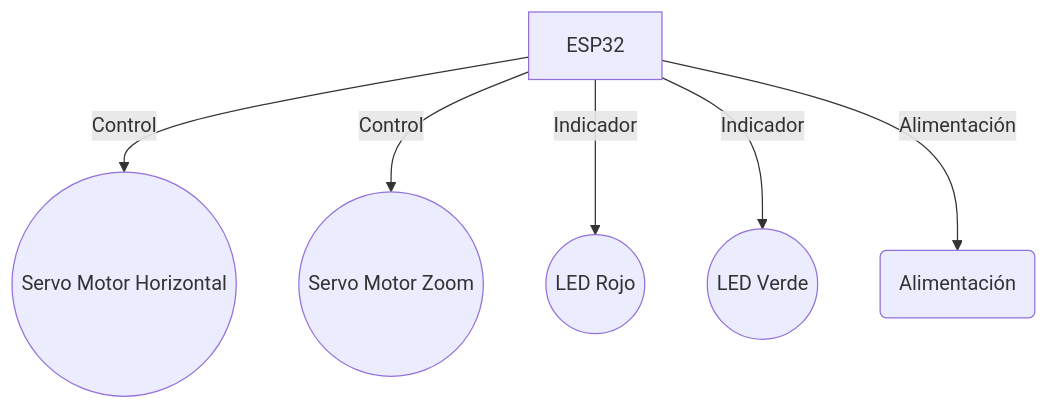
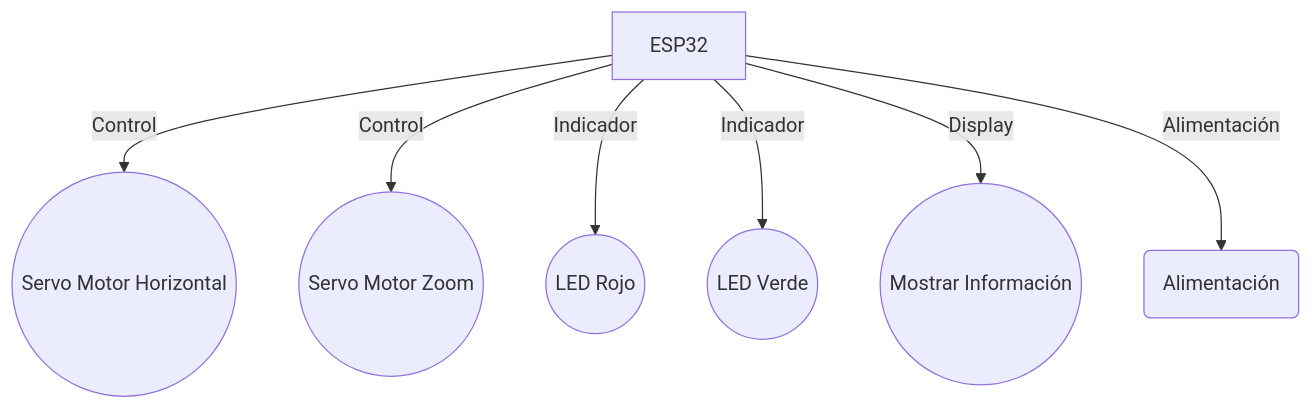
Before and after one commit to ingeEliasib/ControlCamarasEsp32: the second of 2 diagrams in README.md, drawn with Mermaid.

Commit message:
Update README.md
se añade en la parte del esquema la integración de un display adicional a los leds indicadores

````diff
--- a/README.md
+++ b/README.md
@@ -38,8 +38,9 @@
 ```mermaid
 graph TD
 ESP32 -->|Control| Servo1((Servo Motor Horizontal))
 ESP32 -->|Control| Servo2((Servo Motor Zoom))
 ESP32 -->|Indicador| LED1((LED Rojo))
 ESP32 -->|Indicador| LED2((LED Verde))
+ESP32 -->|Display| Display((Mostrar Información))
 ESP32 -->|Alimentación| FuenteDePoder(Alimentación)
 ```
````
